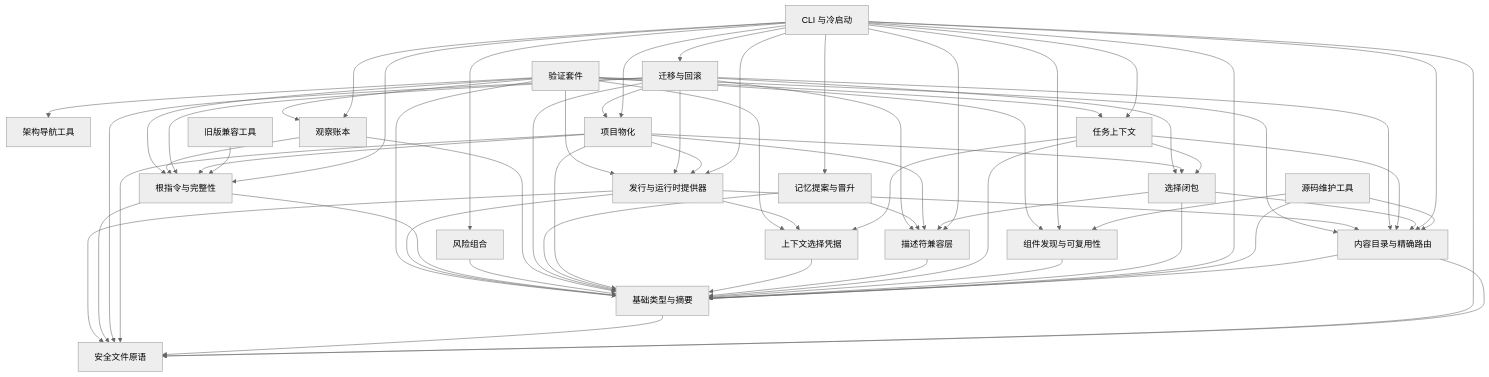
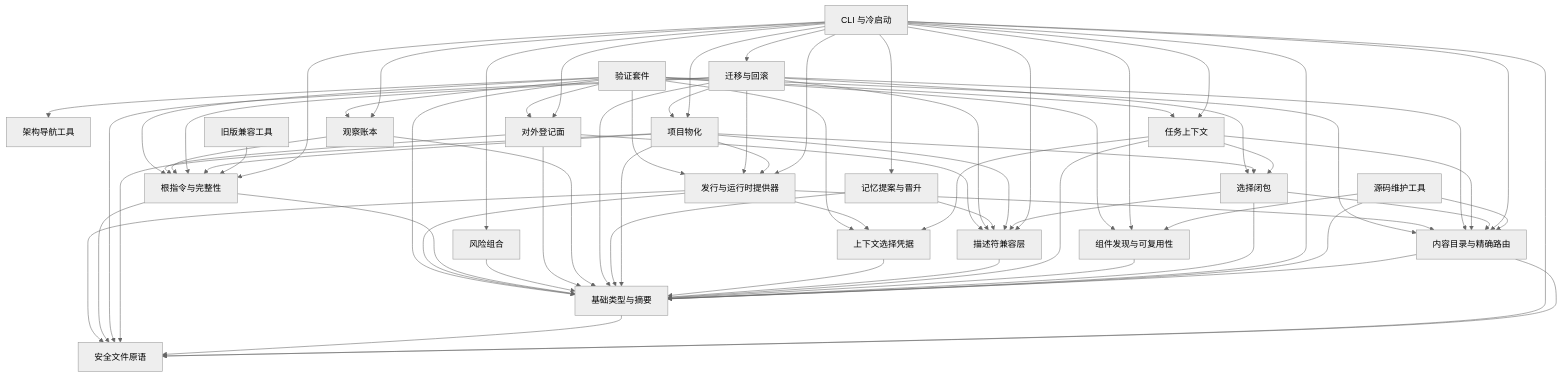
One commit to sailoflight/agent-project-guides changed the diagram in docs/architecture/generated/INDEX.md. Above: the diagram before and after it, drawn with Mermaid (neutral theme). The commit also changed other lines of this file and 23 other files, not shown here.

````diff
--- a/docs/architecture/generated/INDEX.md
+++ b/docs/architecture/generated/INDEX.md
@@ -24,6 +24,7 @@
   memory["记忆提案与晋升"]
   migration["迁移与回滚"]
   observation["观察账本"]
+  registration["对外登记面"]
   risk["风险组合"]
   root-policy["根指令与完整性"]
   runtime["发行与运行时提供器"]
@@ -43,6 +44,7 @@
   cli --> memory
   cli --> migration
   cli --> observation
+  cli --> registration
   cli --> risk
   cli --> root-policy
   cli --> runtime
@@ -76,6 +78,9 @@
   migration --> runtime
   observation --> foundation
   observation --> root-policy
+  registration --> descriptor
+  registration --> foundation
+  registration --> root-policy
   risk --> foundation
   root-policy --> files
   root-policy --> foundation
@@ -90,6 +95,7 @@
   verification --> foundation
   verification --> generation
   verification --> observation
+  verification --> registration
   verification --> root-policy
   verification --> runtime
 ```
````
